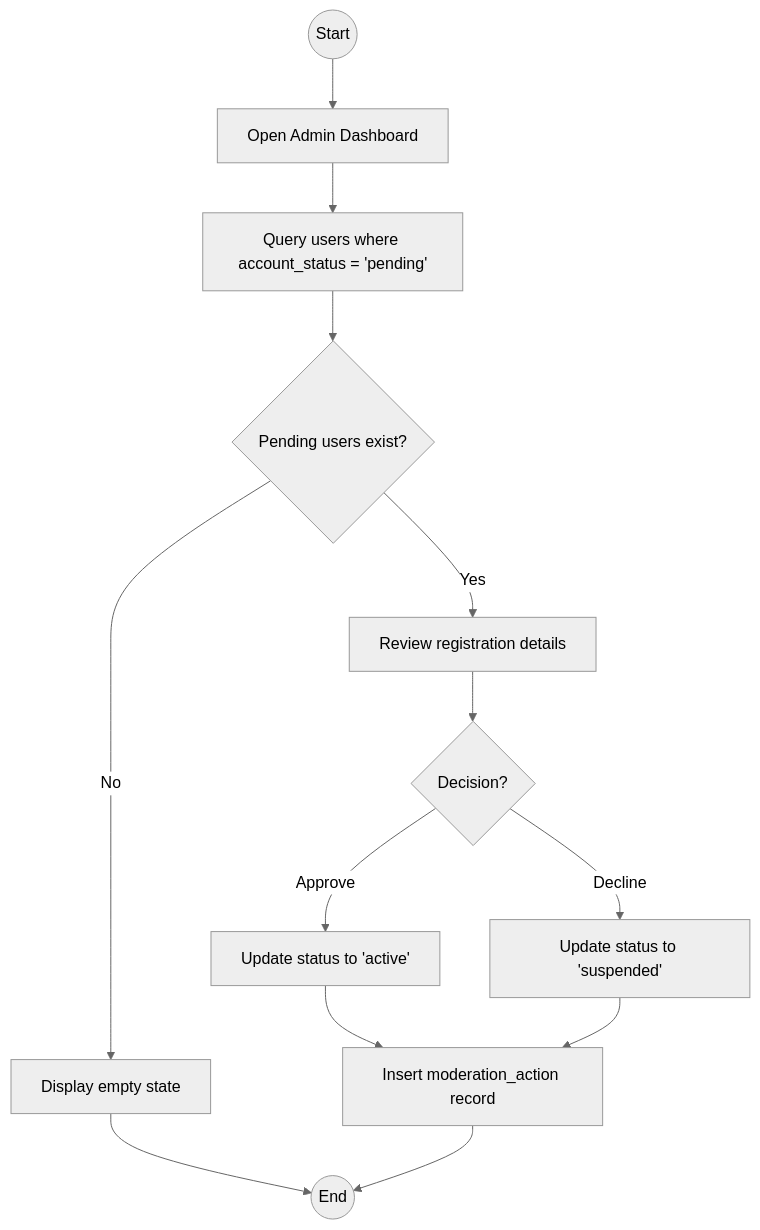
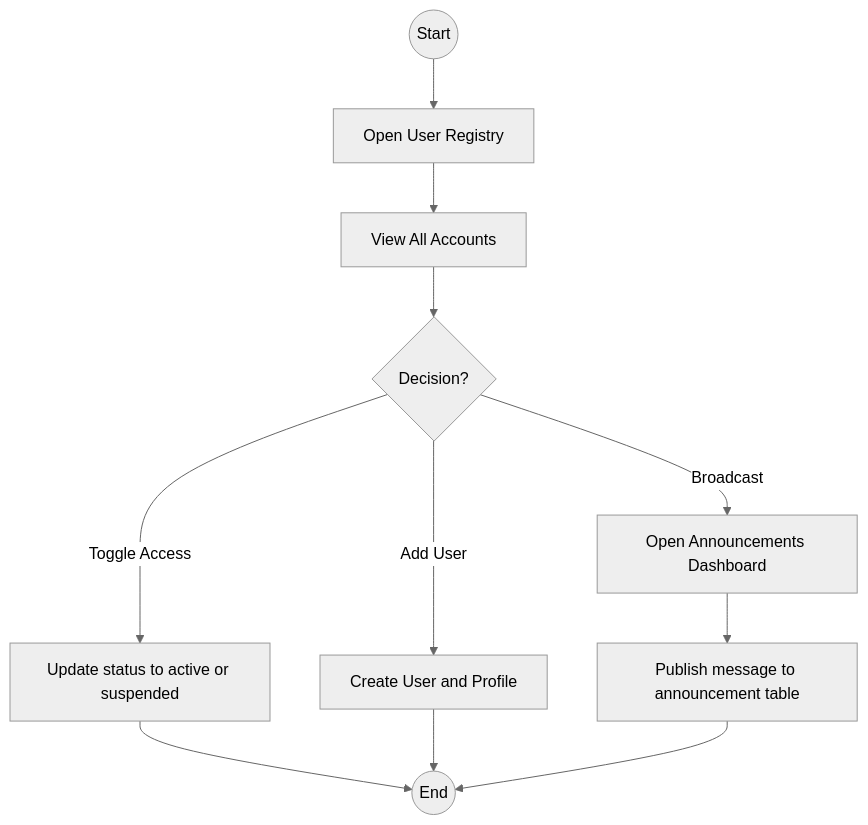
One commit to wingkit123/QuestLearn changed diagram 15 of 15 in part-i/Use-Cases.md. Above: the diagram before and after it, drawn with Mermaid (neutral theme). The commit also changed other lines of this file, not shown here.

Commit message:
docs: align Admin UC-09 use case with User Registry and Announcement broadcast implementation

````diff
--- a/part-i/Use-Cases.md
+++ b/part-i/Use-Cases.md
@@ -565,15 +567,13 @@
 ```mermaid
 flowchart TD
-    A((Start)) --> B[Open Admin Dashboard]
-    B --> C[Query users where account_status = 'pending']
-    C --> D{Pending users exist?}
-    D -- No --> E[Display empty state]
+    A((Start)) --> B[Open User Registry]
+    B --> C[View All Accounts]
+    C --> D{Decision?}
+    D -- Toggle Access --> E[Update status to active or suspended]
+    D -- Add User --> F[Create User and Profile]
+    D -- Broadcast --> G[Open Announcements Dashboard]
+    G --> H[Publish message to announcement table]
     E --> Z((End))
-    D -- Yes --> F[Review registration details]
-    F --> G{Decision?}
-    G -- Approve --> H[Update status to 'active']
-    G -- Decline --> I[Update status to 'suspended']
-    H --> J[Insert moderation_action record]
-    I --> J
-    J --> Z
+    F --> Z
+    H --> Z
 ```
````
